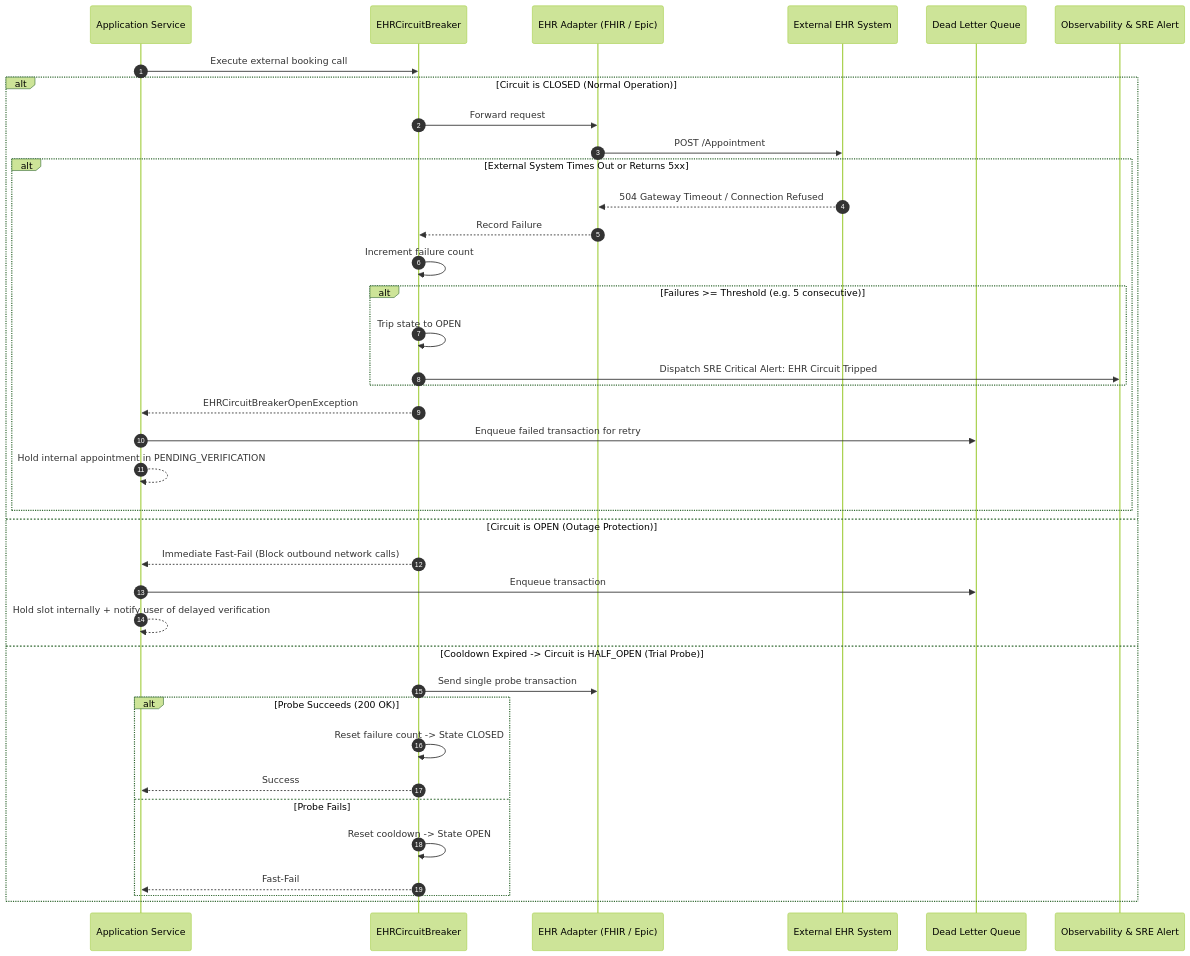
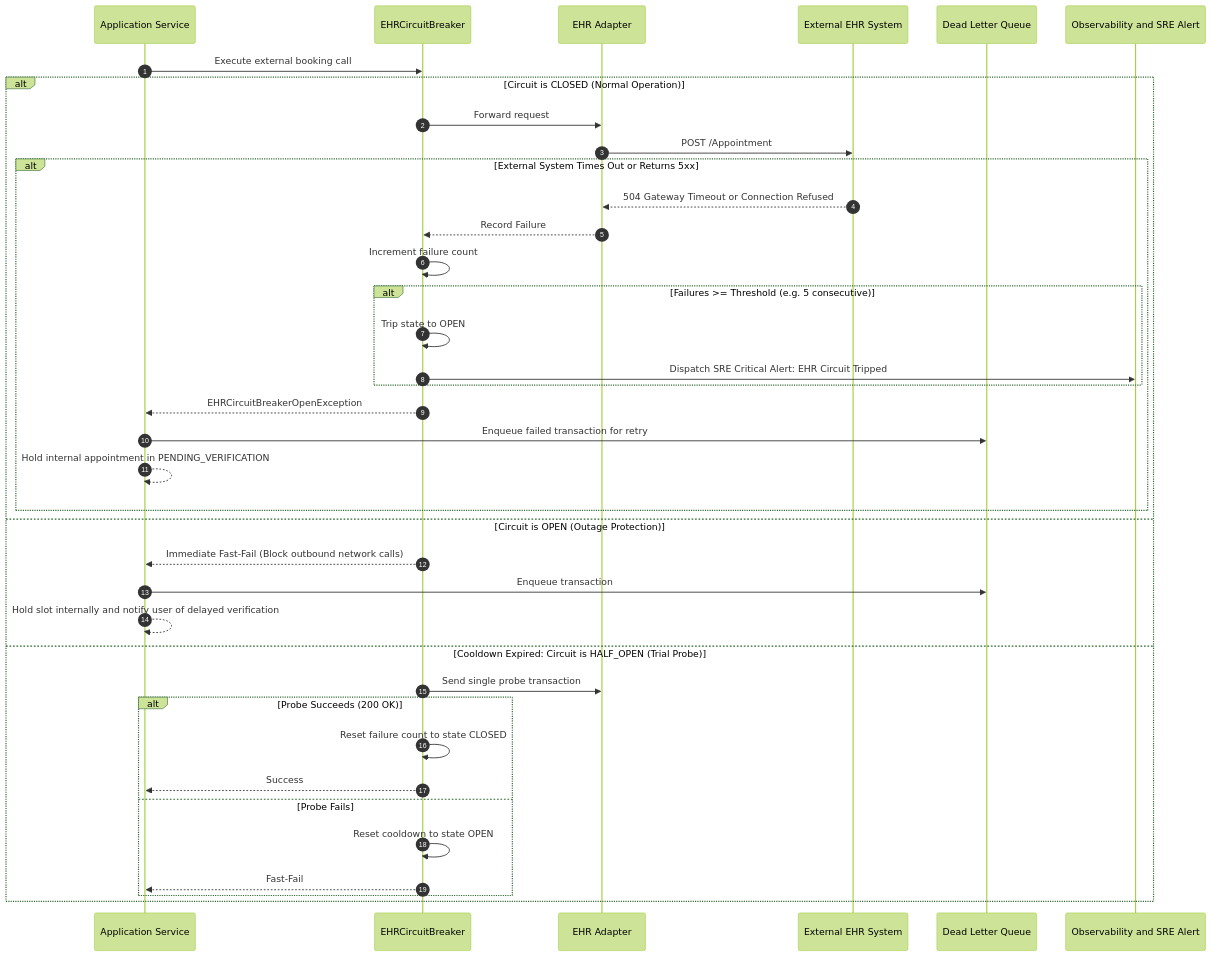
One commit to Gunjapalle-Suma-Bhavya/MultiHospital_VoiceAgent changed the fourth of 4 diagrams in ARCHITECTURE.md. Above: the diagram before and after it, drawn with Mermaid (forest theme). The commit also changed other lines of this file and 2 other files, not shown here.

First line of the commit message:
docs: fix Mermaid diagram syntax errors in ARCHITECTURE.md and update AI docs

````diff
--- a/ARCHITECTURE.md
+++ b/ARCHITECTURE.md
@@ -302,41 +346,41 @@
 ```mermaid
 sequenceDiagram
     autonumber
     participant App as Application Service
     participant CB as EHRCircuitBreaker
-    participant Adap as EHR Adapter (FHIR / Epic)
+    participant Adap as EHR Adapter
     participant Ext as External EHR System
     participant DLQ as Dead Letter Queue
-    participant SRE as Observability & SRE Alert
+    participant SRE as Observability and SRE Alert
 
     App->>CB: Execute external booking call
     alt Circuit is CLOSED (Normal Operation)
         CB->>Adap: Forward request
         Adap->>Ext: POST /Appointment
         alt External System Times Out or Returns 5xx
-            Ext-->>Adap: 504 Gateway Timeout / Connection Refused
+            Ext-->>Adap: 504 Gateway Timeout or Connection Refused
             Adap-->>CB: Record Failure
             CB->>CB: Increment failure count
             alt Failures >= Threshold (e.g. 5 consecutive)
                 CB->>CB: Trip state to OPEN
                 CB->>SRE: Dispatch SRE Critical Alert: EHR Circuit Tripped
             end
             CB-->>App: EHRCircuitBreakerOpenException
             App->>DLQ: Enqueue failed transaction for retry
             App-->>App: Hold internal appointment in PENDING_VERIFICATION
         end
     else Circuit is OPEN (Outage Protection)
         CB-->>App: Immediate Fast-Fail (Block outbound network calls)
         App->>DLQ: Enqueue transaction
-        App-->>App: Hold slot internally + notify user of delayed verification
-    else Cooldown Expired -> Circuit is HALF_OPEN (Trial Probe)
+        App-->>App: Hold slot internally and notify user of delayed verification
+    else Cooldown Expired: Circuit is HALF_OPEN (Trial Probe)
         CB->>Adap: Send single probe transaction
         alt Probe Succeeds (200 OK)
-            CB->>CB: Reset failure count -> State CLOSED
+            CB->>CB: Reset failure count to state CLOSED
             CB-->>App: Success
         else Probe Fails
-            CB->>CB: Reset cooldown -> State OPEN
+            CB->>CB: Reset cooldown to state OPEN
             CB-->>App: Fast-Fail
         end
     end
 ```
````
